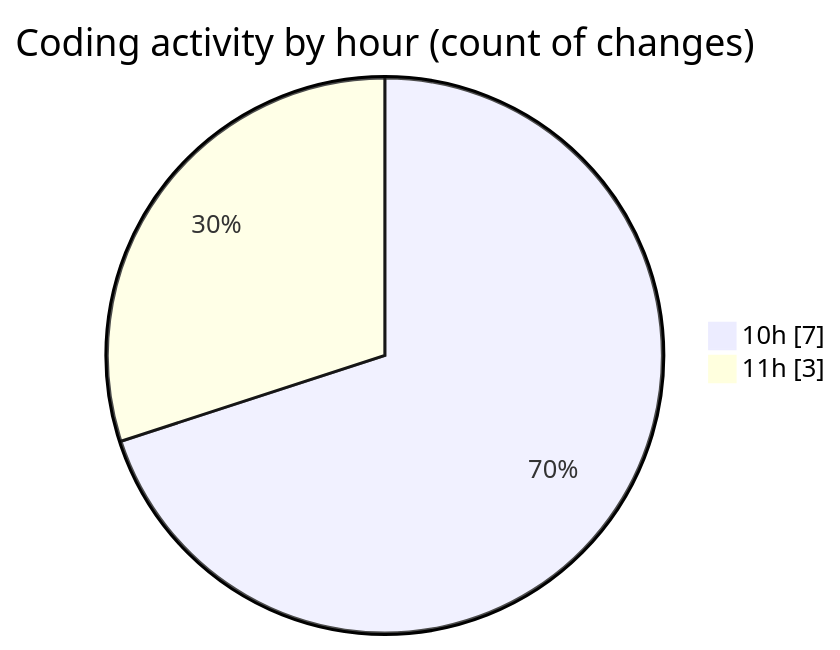
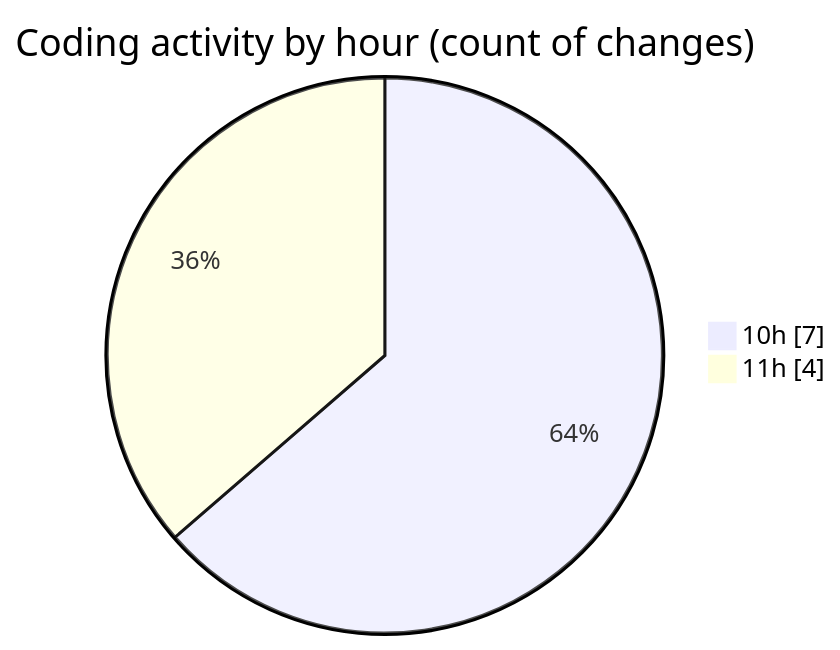
Before and after one commit to igalym/code-tracking: the second of 2 diagrams in 2026-03-31/cinema/README.md, drawn with Mermaid. The commit also changed other lines of this file and 1 other file, not shown here.

````diff
--- a/2026-03-31/cinema/README.md
+++ b/2026-03-31/cinema/README.md
@@ -33,6 +33,6 @@
 ```mermaid
 pie showData
 title Coding activity by hour (count of changes)
 "10h" : 7
-"11h" : 3
+"11h" : 4
 ```
````
